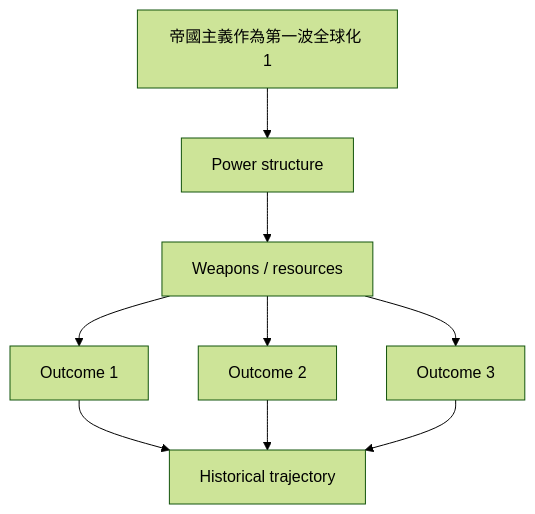
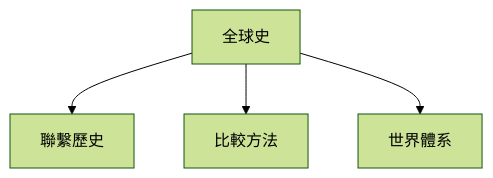
The second of 6 diagrams in 01_HKU_Courses/HIST2233_Globalizing_History.md (yip-lgtm/HKU-Harvard-History-Self-Study), drawn with Mermaid (forest theme) before and after one commit. The commit also changed other lines of this file and 48 other files, not shown here.

````diff
--- a/01_HKU_Courses/HIST2233_Globalizing_History.md
+++ b/01_HKU_Courses/HIST2233_Globalizing_History.md
@@ -146,11 +96,6 @@
 ```mermaid
-graph TD
-    A[帝國主義作為第一波全球化 1] --> B[Power structure]
-    B --> C[Weapons / resources]
-    C --> D[Outcome 1]
-    C --> E[Outcome 2]
-    C --> F[Outcome 3]
-    D --> G[Historical trajectory]
-    E --> G
-    F --> G
+flowchart TD
+    A[全球史] --> B[聯繫歷史]
+    A --> C[比較方法]
+    A --> D[世界體系]
 ```
````
